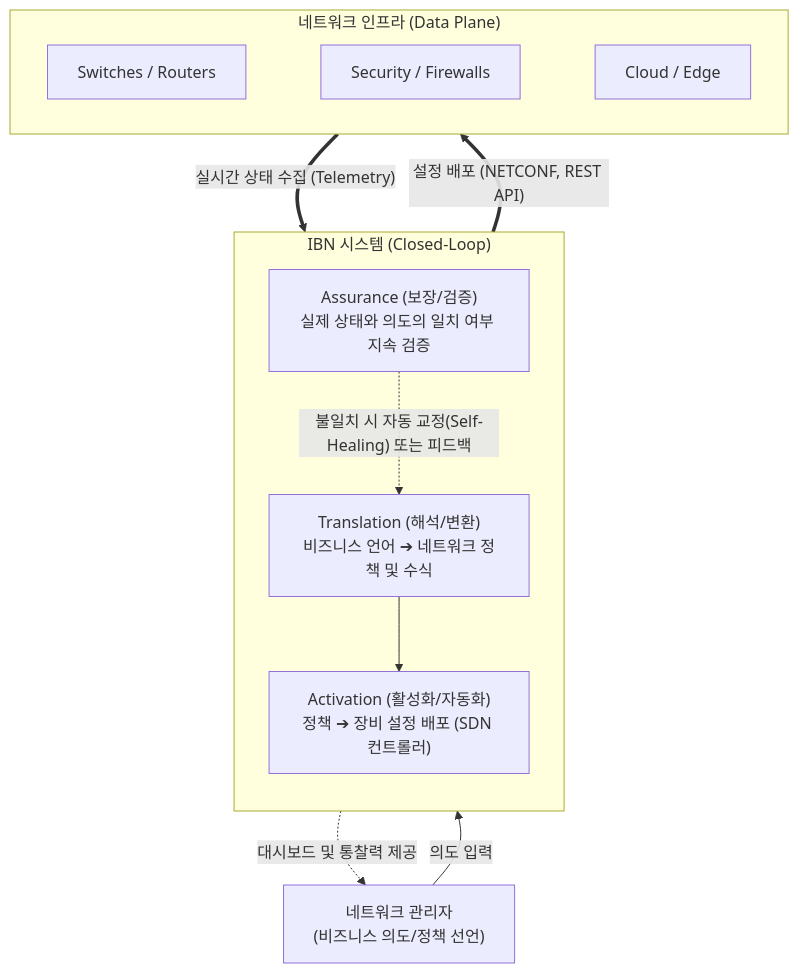
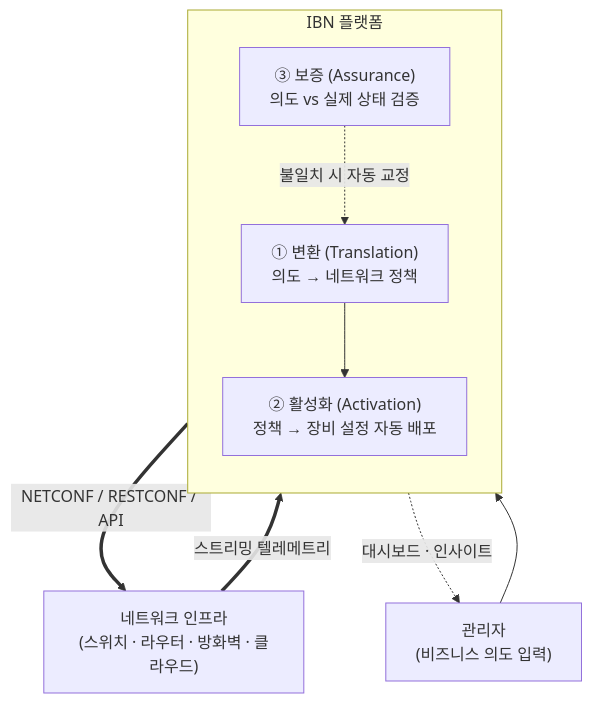
Before and after one commit to supremethumb/supremethumb.github.io: the diagram in content/01_IT Tech/IBN(Intent-Based Networking).md, drawn with Mermaid. The commit also changed other lines of this file and 1087 other files, not shown here.

````diff
--- a/content/01_IT Tech/IBN(Intent-Based Networking).md
+++ b/content/01_IT Tech/IBN(Intent-Based Networking).md
@@ -27,29 +37,17 @@
 ```mermaid
 flowchart TD
-    Admin["네트워크 관리자<br/>(비즈니스 의도/정책 선언)"]
-    
-    subgraph IBN_System ["IBN 시스템 (Closed-Loop)"]
+    Admin["관리자<br/>(비즈니스 의도 입력)"]
+    subgraph IBN["IBN 플랫폼"]
         direction TB
-        Trans["Translation (해석/변환)<br/>비즈니스 언어 ➔ 네트워크 정책 및 수식"]
-        Act["Activation (활성화/자동화)<br/>정책 ➔ 장비 설정 배포 (SDN 컨트롤러)"]
-        Assure["Assurance (보장/검증)<br/>실제 상태와 의도의 일치 여부 지속 검증"]
-        
+        Trans["① 변환 (Translation)<br/>의도 → 네트워크 정책"]
+        Act["② 활성화 (Activation)<br/>정책 → 장비 설정 자동 배포"]
+        Assure["③ 보증 (Assurance)<br/>의도 vs 실제 상태 검증"]
         Trans --> Act
-        Assure -. "불일치 시 자동 교정(Self-Healing) 또는 피드백" .-> Trans
+        Assure -. "불일치 시 자동 교정" .-> Trans
     end
-
-    subgraph Infra ["네트워크 인프라 (Data Plane)"]
-        direction LR
-        Switch["Switches / Routers"]
-        Firewall["Security / Firewalls"]
-        Cloud["Cloud / Edge"]
-        Switch ~~~ Firewall ~~~ Cloud
-    end
-    
-    Admin -->|의도 입력| Trans
-    Act == "설정 배포 (NETCONF, REST API)" ==> Infra
-    Infra == "실시간 상태 수집 (Telemetry)" ==> Assure
-    Assure -. "대시보드 및 통찰력 제공" .-> Admin
-
-
+    Infra["네트워크 인프라<br/>(스위치 · 라우터 · 방화벽 · 클라우드)"]
+    Admin --> Trans
+    Act == "NETCONF / RESTCONF / API" ==> Infra
+    Infra == "스트리밍 텔레메트리" ==> Assure
+    Assure -. "대시보드 · 인사이트" .-> Admin
 ```
````
